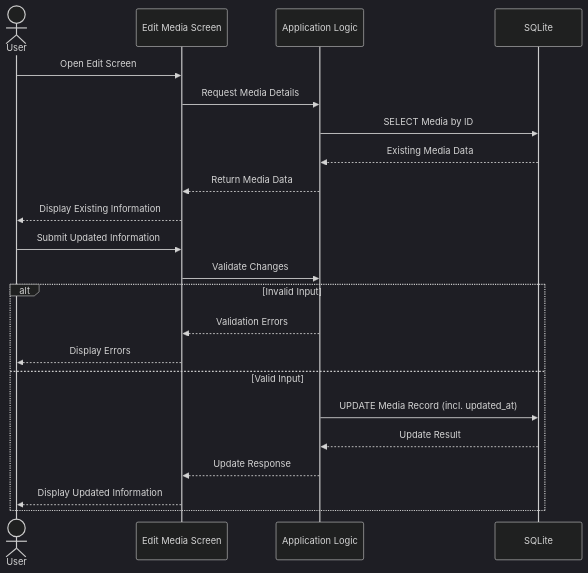
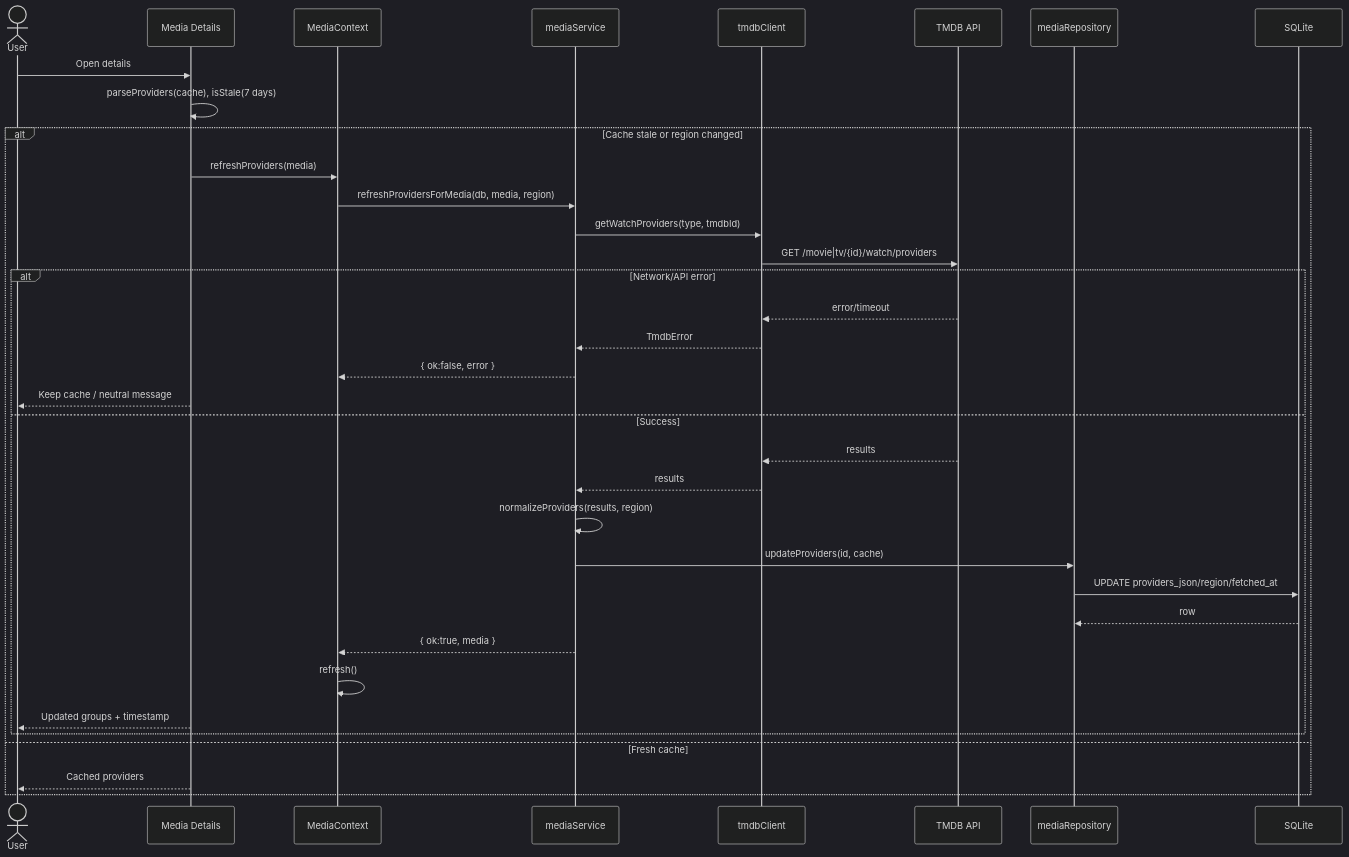
Before and after one commit to Aldo-Kristian/CineTrack: the third of 6 diagrams in docs/08-sequence-diagrams.md, drawn with Mermaid (dark theme). The commit also changed other lines of this file and 17 other files, not shown here.

````diff
--- a/docs/08-sequence-diagrams.md
+++ b/docs/08-sequence-diagrams.md
@@ -50,25 +134,38 @@
 ```mermaid
 sequenceDiagram
     actor User
-    participant UI as Edit Media Screen
-    participant Logic as Application Logic
+    participant Screen as Media Details
+    participant Context as MediaContext
+    participant Service as mediaService
+    participant Client as tmdbClient
+    participant TMDB as TMDB API
+    participant Repo as mediaRepository
     participant DB as SQLite
 
-    User->>UI: Open Edit Screen
-    UI->>Logic: Request Media Details
-    Logic->>DB: SELECT Media by ID
-    DB-->>Logic: Existing Media Data
-    Logic-->>UI: Return Media Data
-    UI-->>User: Display Existing Information
-    User->>UI: Submit Updated Information
-    UI->>Logic: Validate Changes
-    alt Invalid Input
-        Logic-->>UI: Validation Errors
-        UI-->>User: Display Errors
-    else Valid Input
-        Logic->>DB: UPDATE Media Record (incl. updated_at)
-        DB-->>Logic: Update Result
-        Logic-->>UI: Update Response
-        UI-->>User: Display Updated Information
+    User->>Screen: Open details
+    Screen->>Screen: parseProviders(cache), isStale(7 days)
+    alt Cache stale or region changed
+        Screen->>Context: refreshProviders(media)
+        Context->>Service: refreshProvidersForMedia(db, media, region)
+        Service->>Client: getWatchProviders(type, tmdbId)
+        Client->>TMDB: GET /movie|tv/{id}/watch/providers
+        alt Network/API error
+            TMDB-->>Client: error/timeout
+            Client-->>Service: TmdbError
+            Service-->>Context: { ok:false, error }
+            Screen-->>User: Keep cache / neutral message
+        else Success
+            TMDB-->>Client: results
+            Client-->>Service: results
+            Service->>Service: normalizeProviders(results, region)
+            Service->>Repo: updateProviders(id, cache)
+            Repo->>DB: UPDATE providers_json/region/fetched_at
+            DB-->>Repo: row
+            Service-->>Context: { ok:true, media }
+            Context->>Context: refresh()
+            Screen-->>User: Updated groups + timestamp
+        end
+    else Fresh cache
+        Screen-->>User: Cached providers
     end
 ```
````
